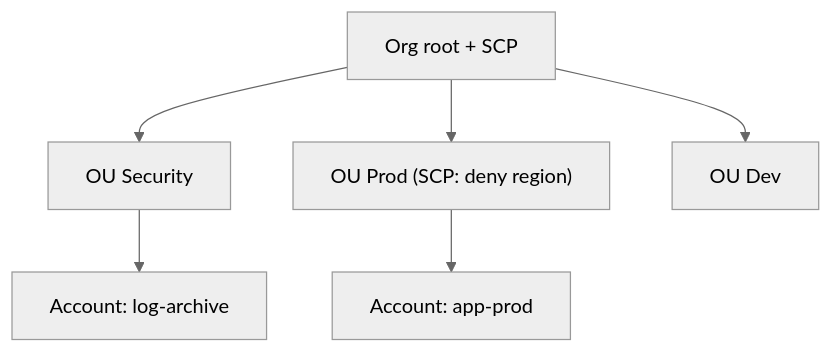
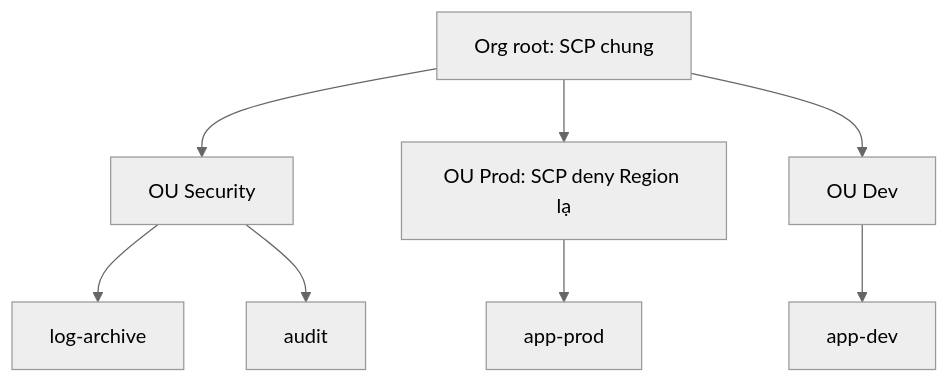
One commit to passion-Infinity/personal-tech-playbook changed the diagram in src/assets/knowledge/playbooks/aws/aws-organizations-governance.md. Above: the diagram before and after it, drawn with Mermaid (neutral theme). The commit also changed other lines of this file and 6 other files, not shown here.

First line of the commit message:
Deep-dive rewrite: API Gateway/Step Functions, Kinesis, data analytics, CloudFormation, Organizations, Well-Architected

````diff
--- a/src/assets/knowledge/playbooks/aws/aws-organizations-governance.md
+++ b/src/assets/knowledge/playbooks/aws/aws-organizations-governance.md
@@ -16,8 +31,10 @@
 ```mermaid
 flowchart TD
-    ROOT["Org root + SCP"] --> SEC["OU Security"]
-    ROOT --> PRD["OU Prod (SCP: deny region)"]
+    ROOT["Org root: SCP chung"] --> SEC["OU Security"]
+    ROOT --> PRD["OU Prod: SCP deny Region lạ"]
     ROOT --> DEV["OU Dev"]
-    PRD --> A1["Account: app-prod"]
-    SEC --> A2["Account: log-archive"]
+    SEC --> A1["log-archive"]
+    SEC --> A2["audit"]
+    PRD --> A3["app-prod"]
+    DEV --> A4["app-dev"]
 ```
````
